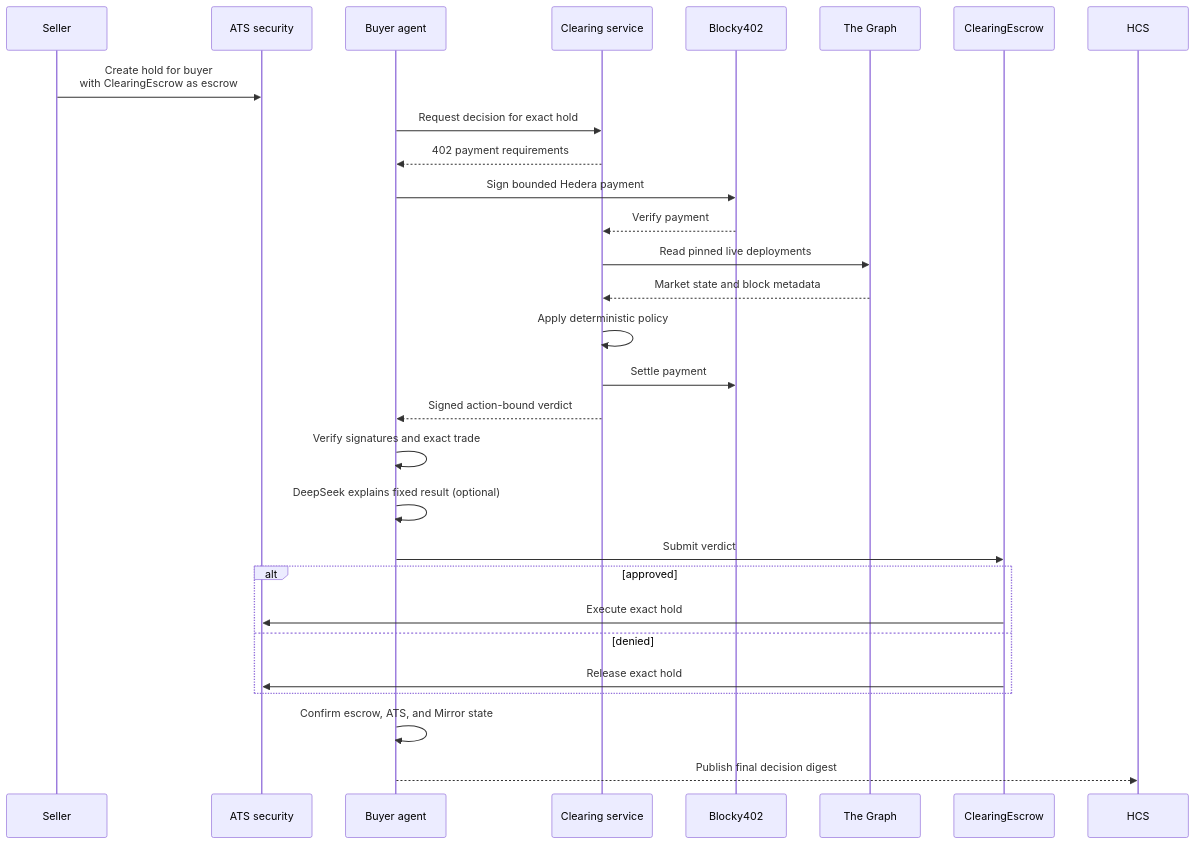
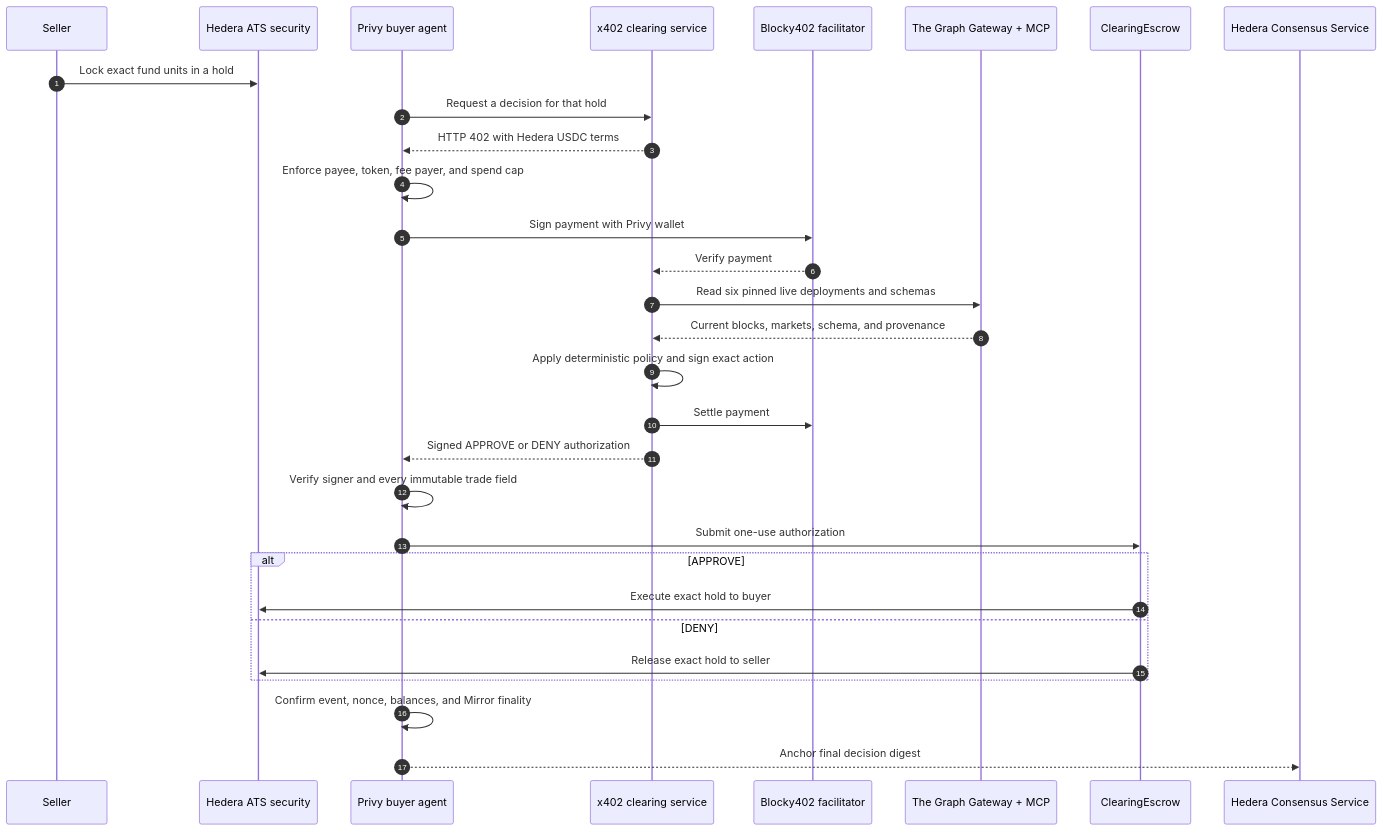
The diagram in README.md (AceVikings/ethglobal-online-2027), drawn with Mermaid before and after one commit. The commit also changed other lines of this file and 10 other files, not shown here.

````diff
--- a/README.md
+++ b/README.md
@@ -10,32 +22,33 @@
 ```mermaid
 sequenceDiagram
+    autonumber
     participant Seller
-    participant ATS as ATS security
-    participant Buyer as Buyer agent
-    participant Service as Clearing service
-    participant X402 as Blocky402
-    participant Graph as The Graph
+    participant ATS as Hedera ATS security
+    participant Buyer as Privy buyer agent
+    participant API as x402 clearing service
+    participant Blocky as Blocky402 facilitator
+    participant Graph as The Graph Gateway + MCP
     participant Escrow as ClearingEscrow
-    participant HCS
+    participant HCS as Hedera Consensus Service
 
-    Seller->>ATS: Create hold for buyer<br/>with ClearingEscrow as escrow
-    Buyer->>Service: Request decision for exact hold
-    Service-->>Buyer: 402 payment requirements
-    Buyer->>X402: Sign bounded Hedera payment
-    X402-->>Service: Verify payment
-    Service->>Graph: Read pinned live deployments
-    Graph-->>Service: Market state and block metadata
-    Service->>Service: Apply deterministic policy
-    Service->>X402: Settle payment
-    Service-->>Buyer: Signed action-bound verdict
-    Buyer->>Buyer: Verify signatures and exact trade
-    Buyer->>Buyer: DeepSeek explains fixed result (optional)
-    Buyer->>Escrow: Submit verdict
-    alt approved
-        Escrow->>ATS: Execute exact hold
-    else denied
-        Escrow->>ATS: Release exact hold
+    Seller->>ATS: Lock exact fund units in a hold
+    Buyer->>API: Request a decision for that hold
+    API-->>Buyer: HTTP 402 with Hedera USDC terms
+    Buyer->>Buyer: Enforce payee, token, fee payer, and spend cap
+    Buyer->>Blocky: Sign payment with Privy wallet
+    Blocky-->>API: Verify payment
+    API->>Graph: Read six pinned live deployments and schemas
+    Graph-->>API: Current blocks, markets, schema, and provenance
+    API->>API: Apply deterministic policy and sign exact action
+    API->>Blocky: Settle payment
+    API-->>Buyer: Signed APPROVE or DENY authorization
+    Buyer->>Buyer: Verify signer and every immutable trade field
+    Buyer->>Escrow: Submit one-use authorization
+    alt APPROVE
+        Escrow->>ATS: Execute exact hold to buyer
+    else DENY
+        Escrow->>ATS: Release exact hold to seller
     end
-    Buyer->>Buyer: Confirm escrow, ATS, and Mirror state
-    Buyer-->>HCS: Publish final decision digest
+    Buyer->>Buyer: Confirm event, nonce, balances, and Mirror finality
+    Buyer-->>HCS: Anchor final decision digest
 ```
````
